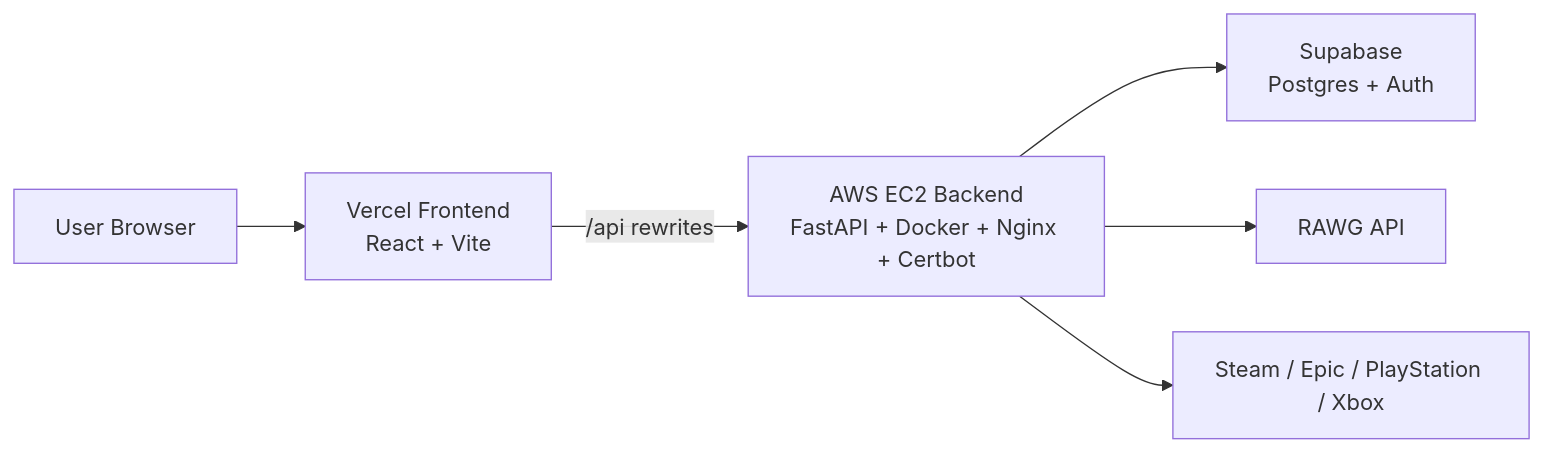
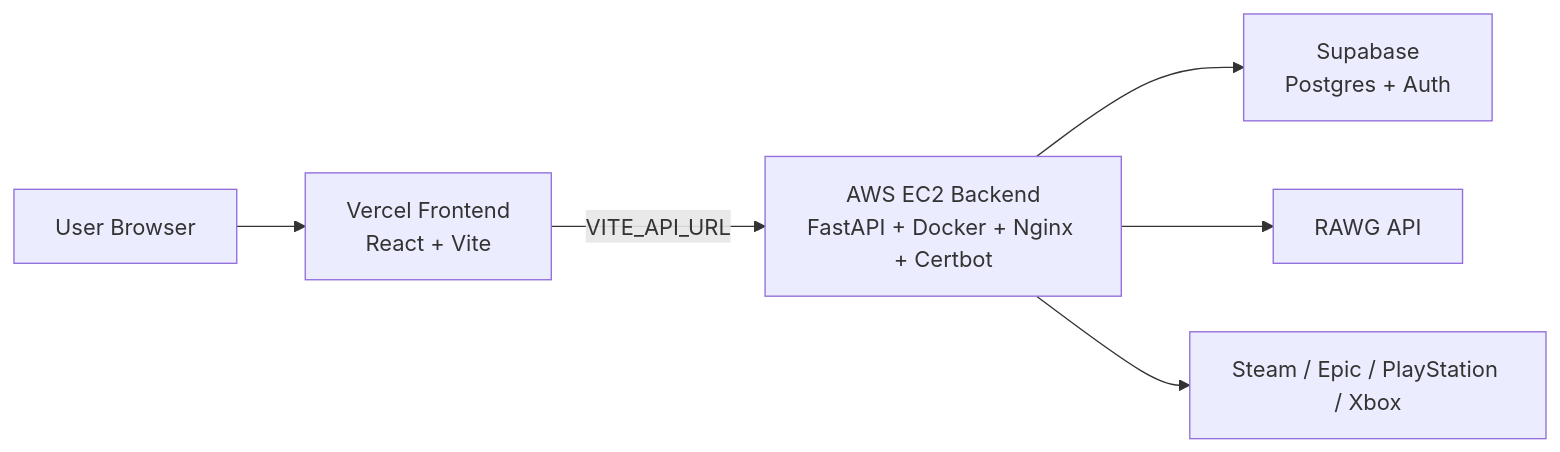
Before and after one commit to Arfatnaik0/GameOn: the diagram in readme.MD, drawn with Mermaid. The commit also changed other lines of this file and 4 other files, not shown here.

````diff
--- a/readme.MD
+++ b/readme.MD
@@ -68,8 +68,8 @@
 ```mermaid
 flowchart LR
   U[User Browser] --> V[Vercel Frontend\nReact + Vite]
-  V -->|/api rewrites| B[AWS EC2 Backend\nFastAPI + Docker + Nginx + Certbot]
+  V -->|VITE_API_URL| B[AWS EC2 Backend\nFastAPI + Docker + Nginx + Certbot]
   B --> S[Supabase\nPostgres + Auth]
   B --> R[RAWG API]
   B --> P[Steam / Epic / PlayStation / Xbox]
 ```
````
